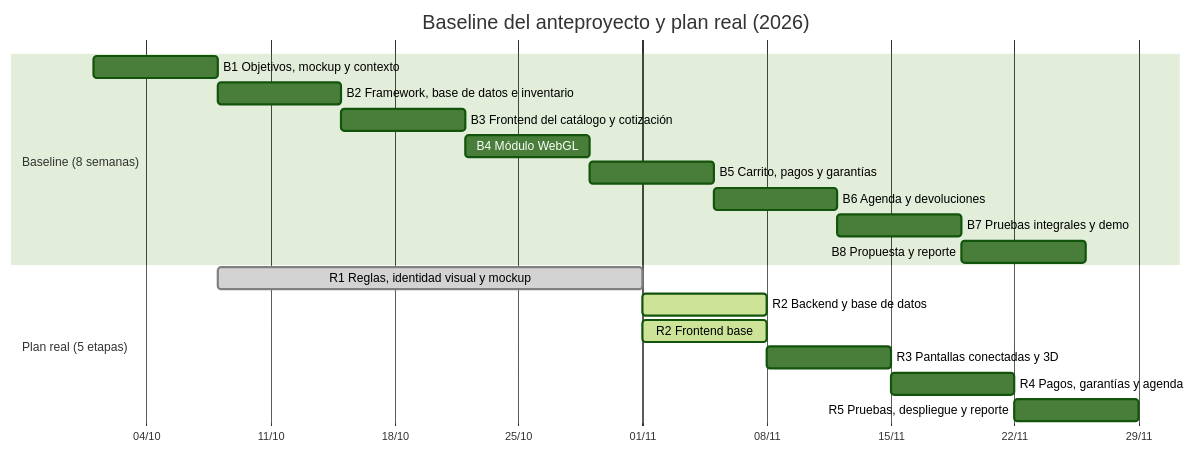
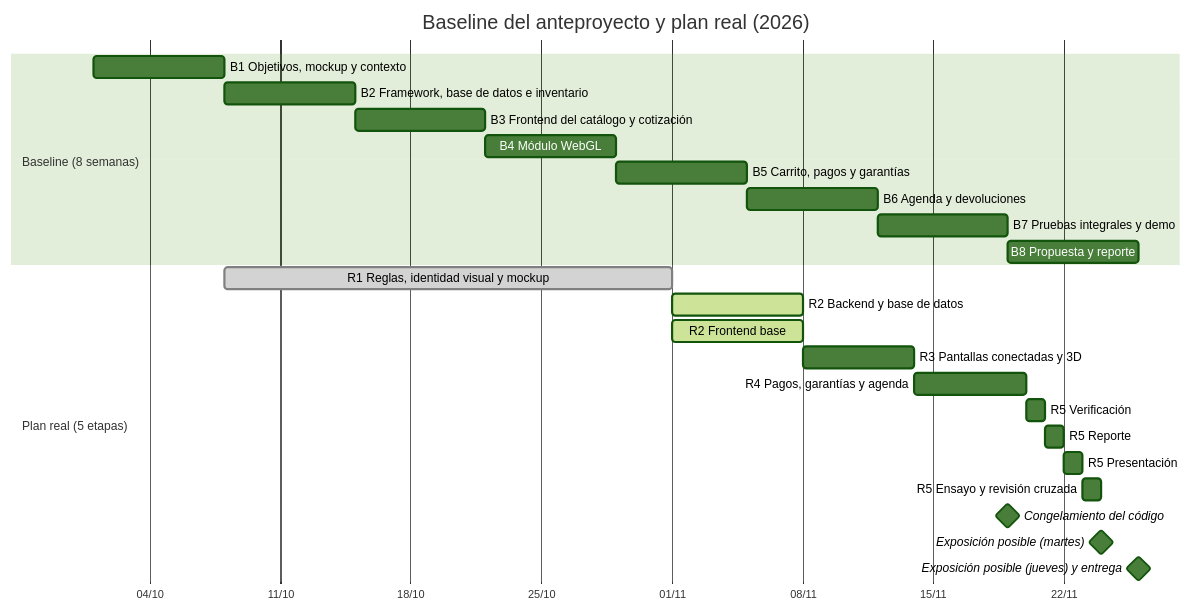
One commit to Yordi-JA/pasteleria-ilusion changed the diagram in docs/proyecto/plan-de-trabajo.md. Above: the diagram before and after it, drawn with Mermaid (forest theme). The commit also changed other lines of this file and 7 other files, not shown here.

````diff
--- a/docs/proyecto/plan-de-trabajo.md
+++ b/docs/proyecto/plan-de-trabajo.md
@@ -72,24 +94,30 @@
 ```mermaid
 gantt
     title Baseline del anteproyecto y plan real (2026)
     dateFormat YYYY-MM-DD
     axisFormat %d/%m
 
     section Baseline (8 semanas)
     B1 Objetivos, mockup y contexto       :b1, 2026-10-01, 7d
     B2 Framework, base de datos e inventario :b2, 2026-10-08, 7d
     B3 Frontend del catálogo y cotización :b3, 2026-10-15, 7d
     B4 Módulo WebGL                       :b4, 2026-10-22, 7d
     B5 Carrito, pagos y garantías         :b5, 2026-10-29, 7d
     B6 Agenda y devoluciones              :b6, 2026-11-05, 7d
     B7 Pruebas integrales y demo          :b7, 2026-11-12, 7d
     B8 Propuesta y reporte                :b8, 2026-11-19, 7d
 
     section Plan real (5 etapas)
     R1 Reglas, identidad visual y mockup  :done, r1, 2026-10-08, 24d
     R2 Backend y base de datos            :active, r2a, 2026-11-01, 7d
     R2 Frontend base                      :active, r2b, 2026-11-01, 7d
-    R3 Pantallas conectadas y 3D          :r3, 2026-11-08, 7d
-    R4 Pagos, garantías y agenda          :r4, 2026-11-15, 7d
-    R5 Pruebas, despliegue y reporte      :r5, 2026-11-22, 7d
+    R3 Pantallas conectadas y 3D          :r3, 2026-11-08, 6d
+    R4 Pagos, garantías y agenda          :r4, 2026-11-14, 6d
+    R5 Verificación                       :r5a, 2026-11-20, 1d
+    R5 Reporte                            :r5b, 2026-11-21, 1d
+    R5 Presentación                       :r5c, 2026-11-22, 1d
+    R5 Ensayo y revisión cruzada          :r5d, 2026-11-23, 1d
+    Congelamiento del código              :milestone, m1, 2026-11-19, 0d
+    Exposición posible (martes)           :milestone, m2, 2026-11-24, 0d
+    Exposición posible (jueves) y entrega :milestone, m3, 2026-11-26, 0d
 ```
````
